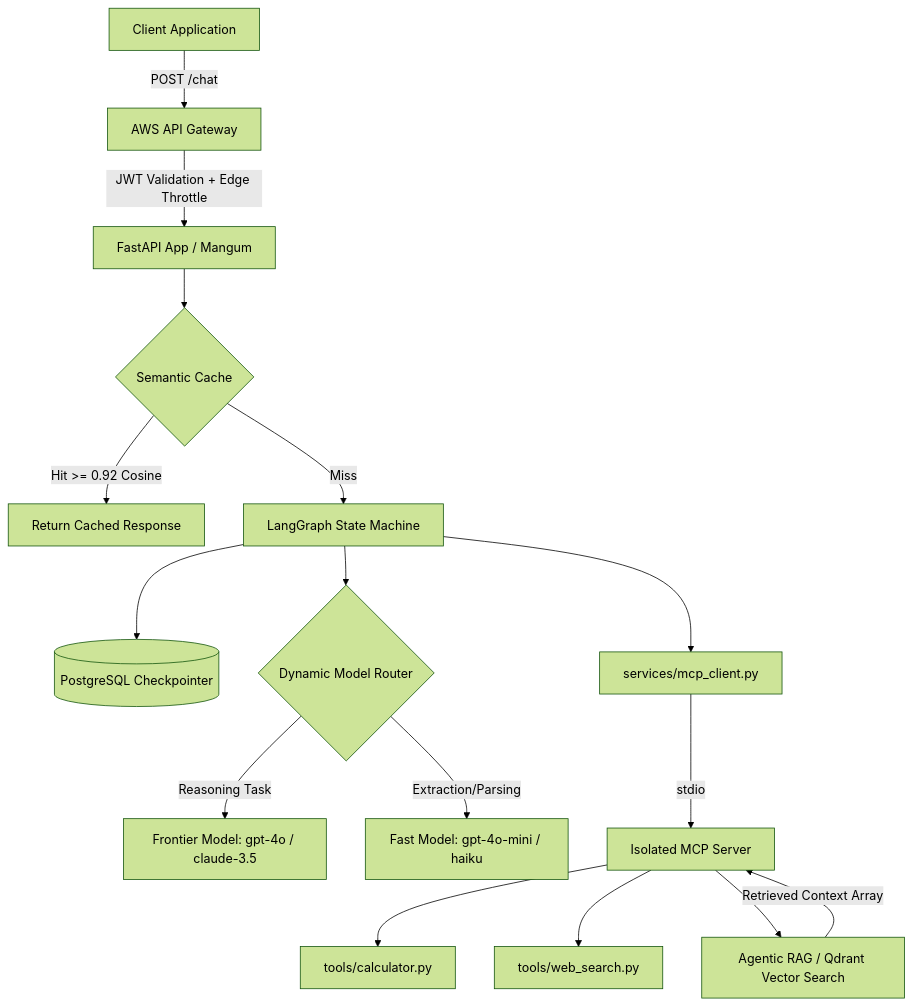
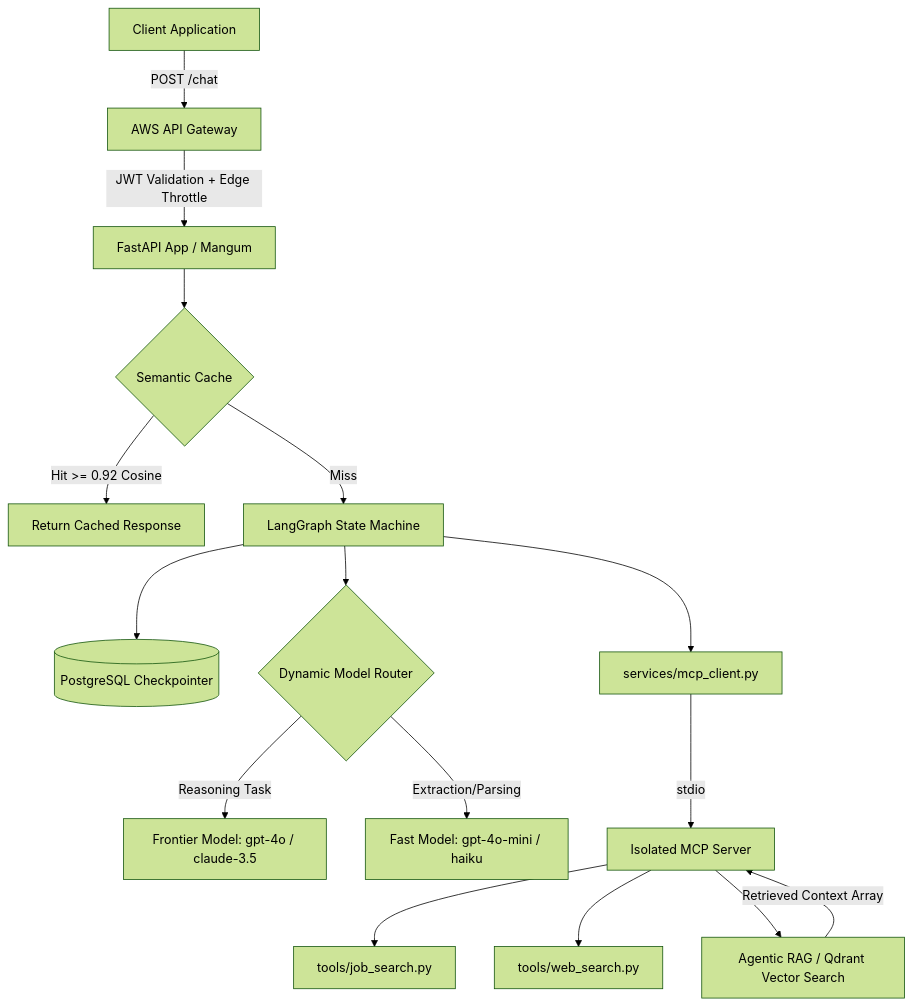
One commit to Deepakpariharr/Agentic-AI-Backend changed the diagram in README.md. Above: the diagram before and after it, drawn with Mermaid (forest theme).

Commit message:
Update MCPServer tool

````diff
--- a/README.md
+++ b/README.md
@@ -16,25 +16,25 @@
 ```mermaid
 graph TD
     Client[Client Application] -->|POST /chat| APIGW[AWS API Gateway]
     APIGW -->|JWT Validation + Edge Throttle| FastAPI[FastAPI App / Mangum]
     
     FastAPI --> Cache{Semantic Cache}
     Cache -->|Hit >= 0.92 Cosine| Return[Return Cached Response]
     Cache -->|Miss| LangGraph[LangGraph State Machine]
     
     LangGraph --> Checkpoint[(PostgreSQL Checkpointer)]
     LangGraph --> Router{Dynamic Model Router}
     
     Router -->|Reasoning Task| Heavy[Frontier Model: gpt-4o / claude-3.5]
     Router -->|Extraction/Parsing| Light[Fast Model: gpt-4o-mini / haiku]
     
     LangGraph --> MCP[services/mcp_client.py]
     MCP -->|stdio| MCPServer[Isolated MCP Server]
-    MCPServer --> Tool1[tools/calculator.py]
+    MCPServer --> Tool1[tools/job_search.py]
     MCPServer --> Tool2[tools/web_search.py]
     
     %% Explicitly highlighting Agentic RAG 
     MCPServer --> Tool3[Agentic RAG / Qdrant Vector Search]
     Tool3 -->|Retrieved Context Array| MCPServer
   
 ```
````
